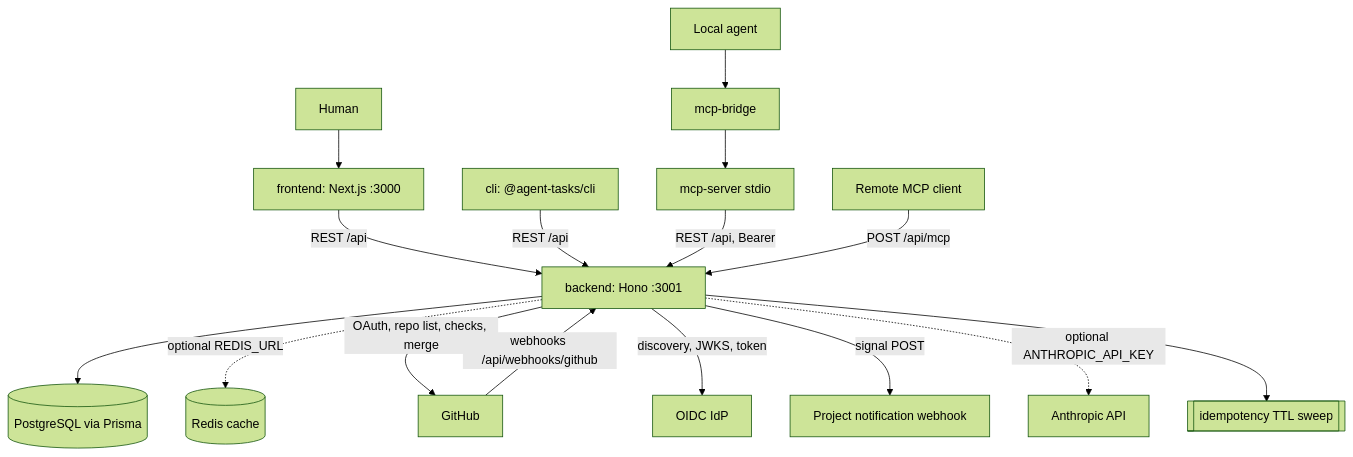
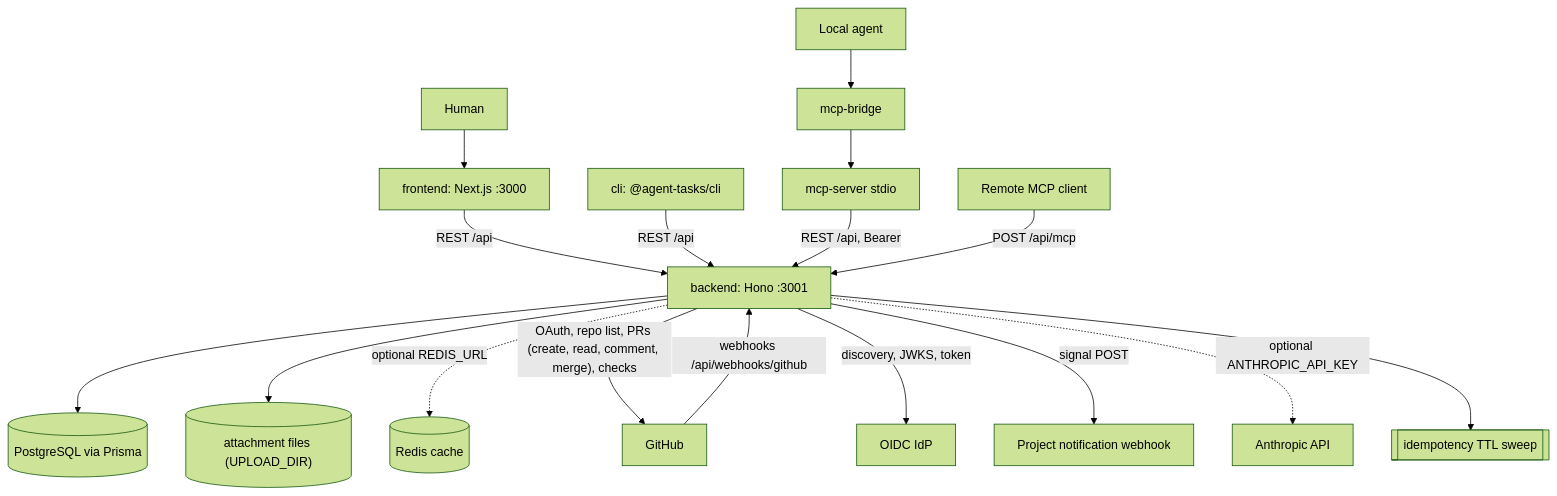
One commit to LanNguyenSi/agent-tasks changed the diagram in docs/diagrams/architecture-overview.mmd. Above: the diagram before and after it, drawn with Mermaid (forest theme). The commit also changed 20 other files, not shown here.

```diff
--- a/docs/diagrams/architecture-overview.mmd
+++ b/docs/diagrams/architecture-overview.mmd
@@ -1,16 +1,17 @@
 flowchart TD
     Human[Human] --> FE["frontend: Next.js :3000"]
     FE -->|"REST /api"| BE["backend: Hono :3001"]
     CLI["cli: @agent-tasks/cli"] -->|"REST /api"| BE
     Agent[Local agent] --> Bridge[mcp-bridge]
     Bridge --> MCP[mcp-server stdio]
     MCP -->|"REST /api, Bearer"| BE
     Remote[Remote MCP client] -->|"POST /api/mcp"| BE
     BE --> PG[("PostgreSQL via Prisma")]
+    BE --> Uploads[("attachment files (UPLOAD_DIR)")]
     BE -.->|optional REDIS_URL| Redis[(Redis cache)]
     GH[GitHub] -->|"webhooks /api/webhooks/github"| BE
-    BE -->|"OAuth, repo list, checks, merge"| GH
+    BE -->|"OAuth, repo list, PRs (create, read, comment, merge), checks"| GH
     BE -->|"discovery, JWKS, token"| IdP[OIDC IdP]
     BE -->|signal POST| Hook[Project notification webhook]
     BE -.->|optional ANTHROPIC_API_KEY| LLM[Anthropic API]
     BE --> Sweep[[idempotency TTL sweep]]
```
